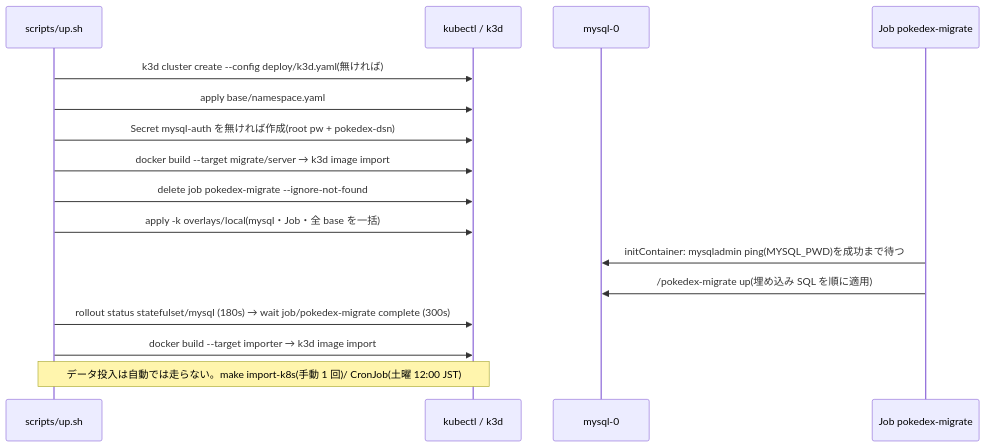
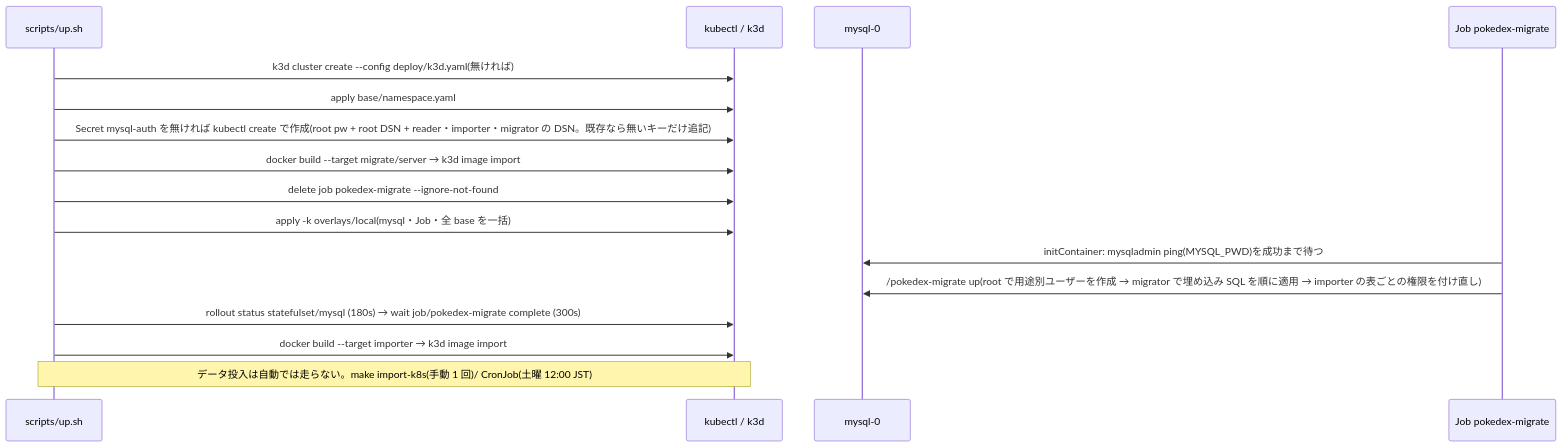
One commit to yxicun89/MyDamageCalcurater changed the second of 2 diagrams in docs/impl/db-mysql.md. Above: the diagram before and after it, drawn with Mermaid. The commit also changed other lines of this file and 7 other files, not shown here.

````diff
--- a/docs/impl/db-mysql.md
+++ b/docs/impl/db-mysql.md
@@ -42,18 +43,18 @@
 ```mermaid
 sequenceDiagram
   participant U as scripts/up.sh
   participant K as kubectl / k3d
   participant M as mysql-0
   participant J as Job pokedex-migrate
   U->>K: k3d cluster create --config deploy/k3d.yaml(無ければ)
   U->>K: apply base/namespace.yaml
-  U->>K: Secret mysql-auth を無ければ作成(root pw + pokedex-dsn)
+  U->>K: Secret mysql-auth を無ければ kubectl create で作成(root pw + root DSN + reader・importer・migrator の DSN。既存なら無いキーだけ追記)
   U->>K: docker build --target migrate/server → k3d image import
   U->>K: delete job pokedex-migrate --ignore-not-found
   U->>K: apply -k overlays/local(mysql・Job・全 base を一括)
   J->>M: initContainer: mysqladmin ping(MYSQL_PWD)を成功まで待つ
-  J->>M: /pokedex-migrate up(埋め込み SQL を順に適用)
+  J->>M: /pokedex-migrate up(root で用途別ユーザーを作成 → migrator で埋め込み SQL を順に適用 → importer の表ごとの権限を付け直し)
   U->>K: rollout status statefulset/mysql (180s) → wait job/pokedex-migrate complete (300s)
   U->>K: docker build --target importer → k3d image import
   Note over U,K: データ投入は自動では走らない。make import-k8s(手動 1 回)/ CronJob(土曜 12:00 JST)
 ```
````
